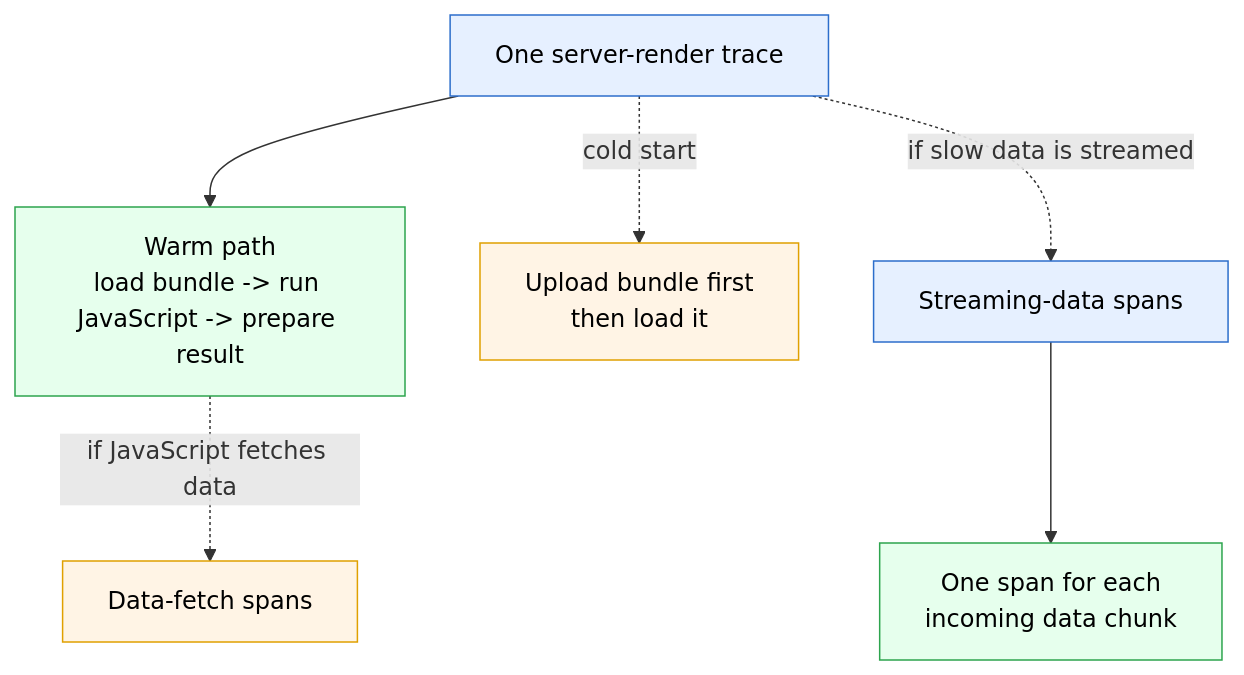
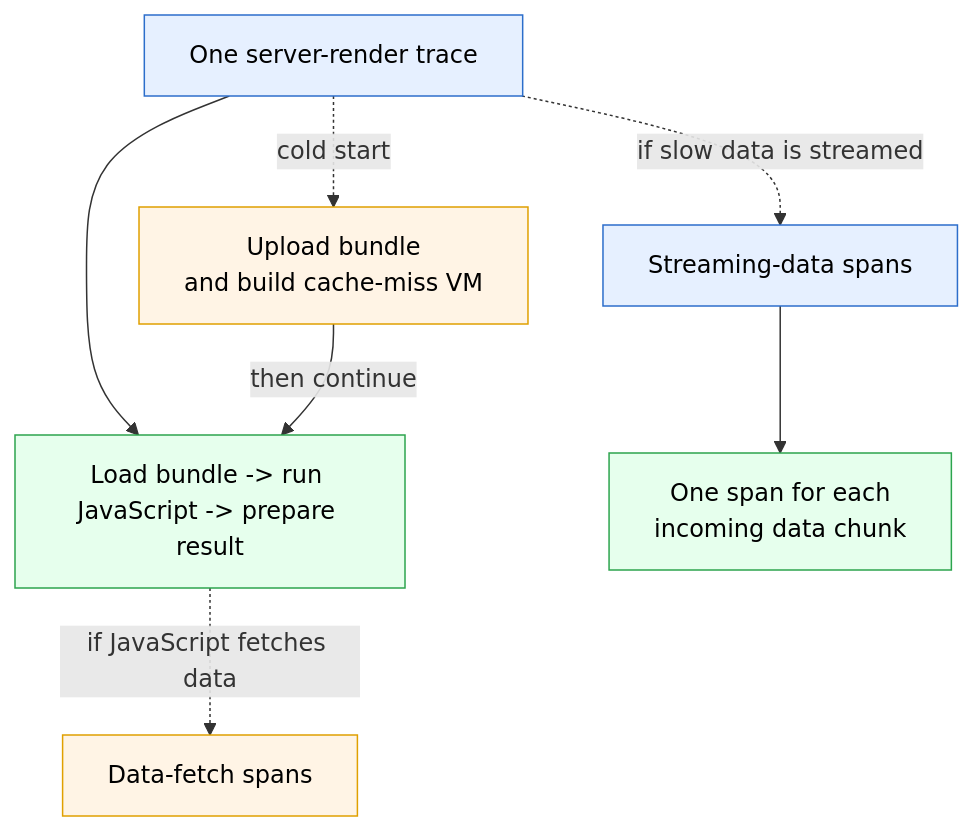
One commit to shakacode/react_on_rails changed the fifth of 5 diagrams in docs/pro/node-renderer.md. Above: the diagram before and after it, drawn with Mermaid. The commit also changed other lines of this file and 1 other file, not shown here.

Commit message:
docs(pro): polish node renderer diagrams

````diff
--- a/docs/pro/node-renderer.md
+++ b/docs/pro/node-renderer.md
@@ -488,15 +492,16 @@
 ```mermaid
 flowchart TB
     Root["One server-render trace"]
-    Root --> Warm["Warm path<br/>load bundle -> run JavaScript -> prepare result"]
-    Root -. "cold start" .-> Cold["Upload bundle first<br/>then load it"]
+    Root --> Warm["Load bundle -> run JavaScript -> prepare result"]
+    Root -. "cold start" .-> Cold["Upload bundle<br/>and build cache-miss VM"]
+    Cold -- "then continue" --> Warm
     Warm -. "if JavaScript fetches data" .-> Http["Data-fetch spans"]
     Root -. "if slow data is streamed" .-> Inc["Streaming-data spans"]
     Inc --> Chunk["One span for each<br/>incoming data chunk"]
     style Root fill:#e6f0ff,stroke:#2c6ecb,color:#000
     style Warm fill:#e6ffed,stroke:#2da44e,color:#000
     style Cold fill:#fff4e5,stroke:#e0a000,color:#000
     style Http fill:#fff4e5,stroke:#e0a000,color:#000
     style Inc fill:#e6f0ff,stroke:#2c6ecb,color:#000
     style Chunk fill:#e6ffed,stroke:#2da44e,color:#000
 ```
````
